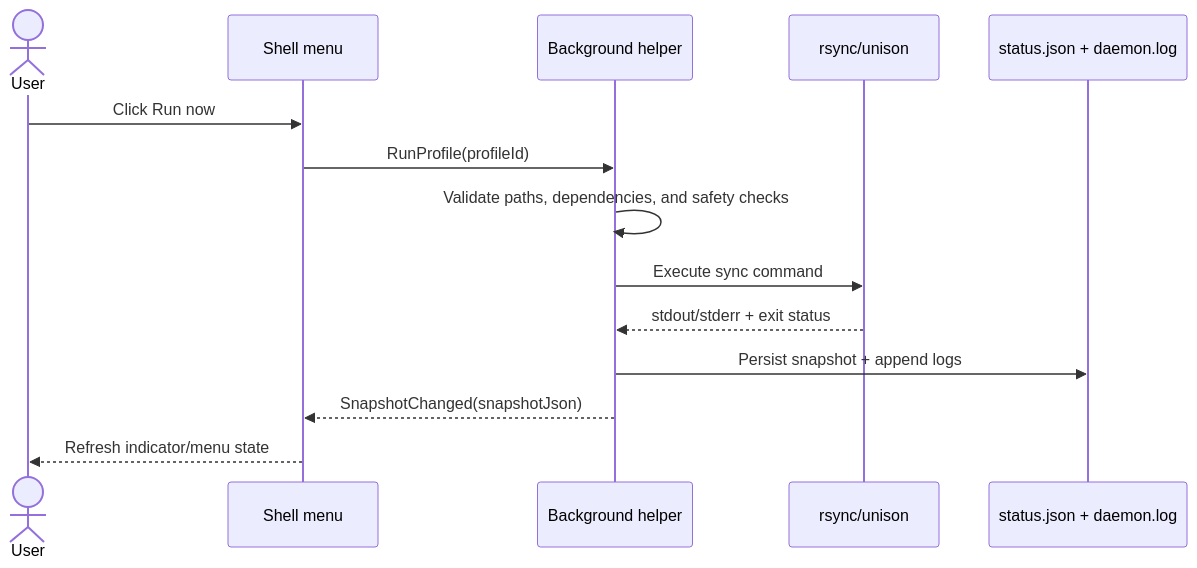
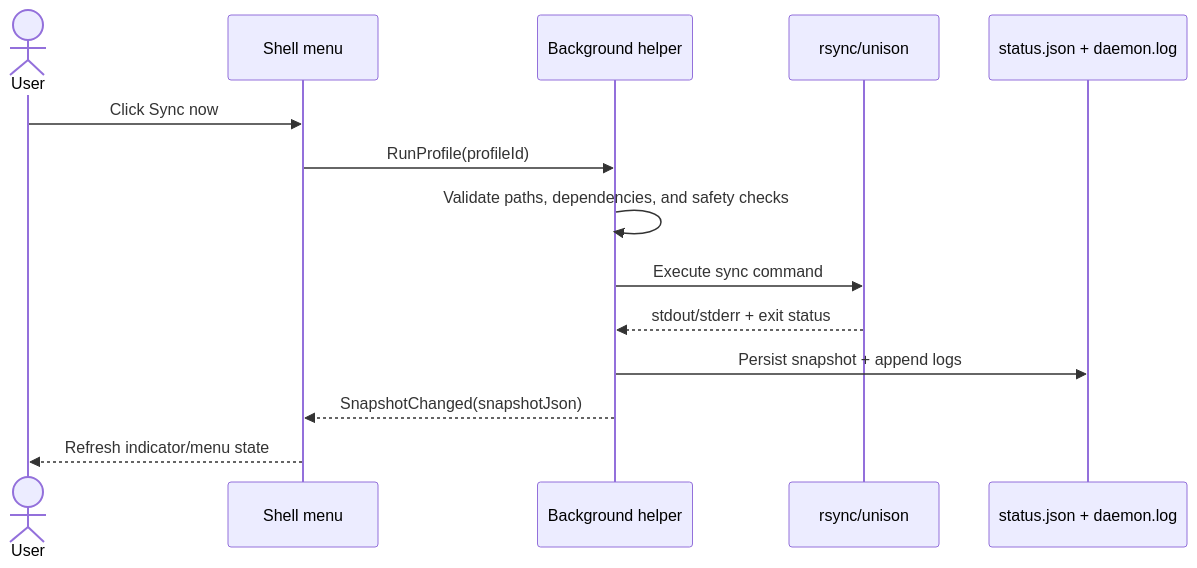
The second of 2 diagrams in extensions/folder-mirror/README.md (mauragas/gnome-shell-extensions), drawn with Mermaid before and after one commit. The commit also changed other lines of this file and 6 other files, not shown here.

````diff
--- a/extensions/folder-mirror/README.md
+++ b/extensions/folder-mirror/README.md
@@ -51,17 +51,17 @@
 ```mermaid
 sequenceDiagram
     actor User
     participant Shell as Shell menu
     participant Helper as Background helper
     participant Backend as rsync/unison
     participant State as status.json + daemon.log
 
-    User->>Shell: Click Run now
+   User->>Shell: Click Sync now
     Shell->>Helper: RunProfile(profileId)
     Helper->>Helper: Validate paths, dependencies, and safety checks
     Helper->>Backend: Execute sync command
     Backend-->>Helper: stdout/stderr + exit status
     Helper->>State: Persist snapshot + append logs
     Helper-->>Shell: SnapshotChanged(snapshotJson)
     Shell-->>User: Refresh indicator/menu state
 ```
````
